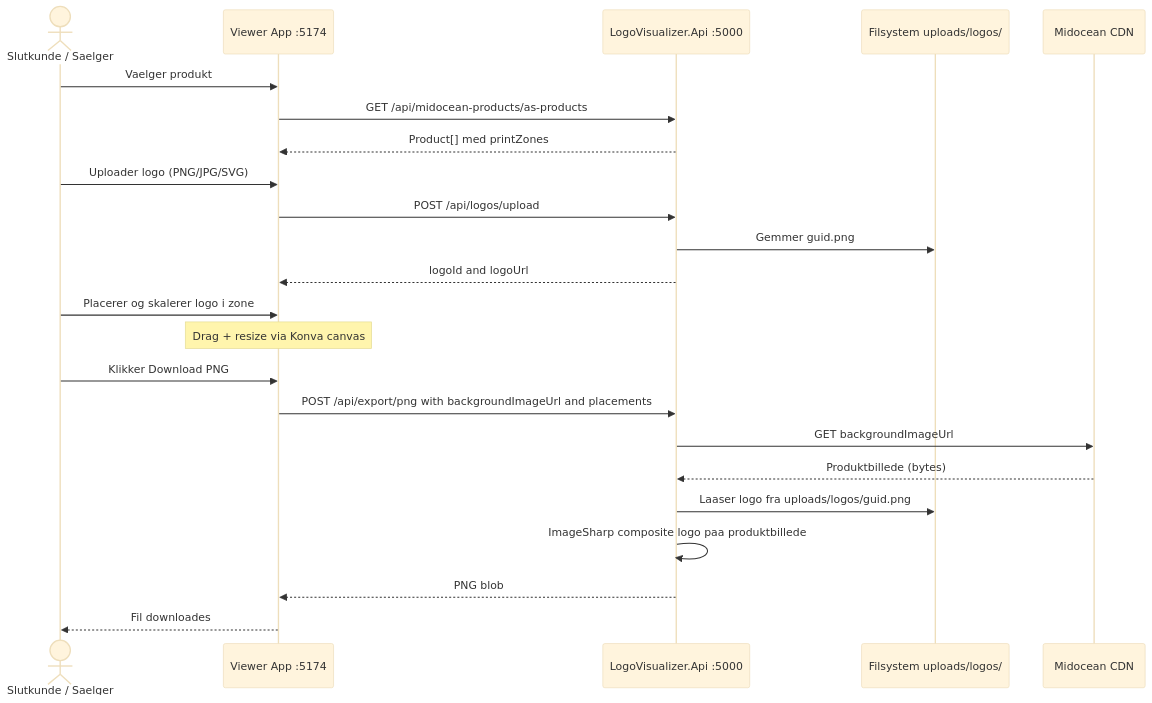
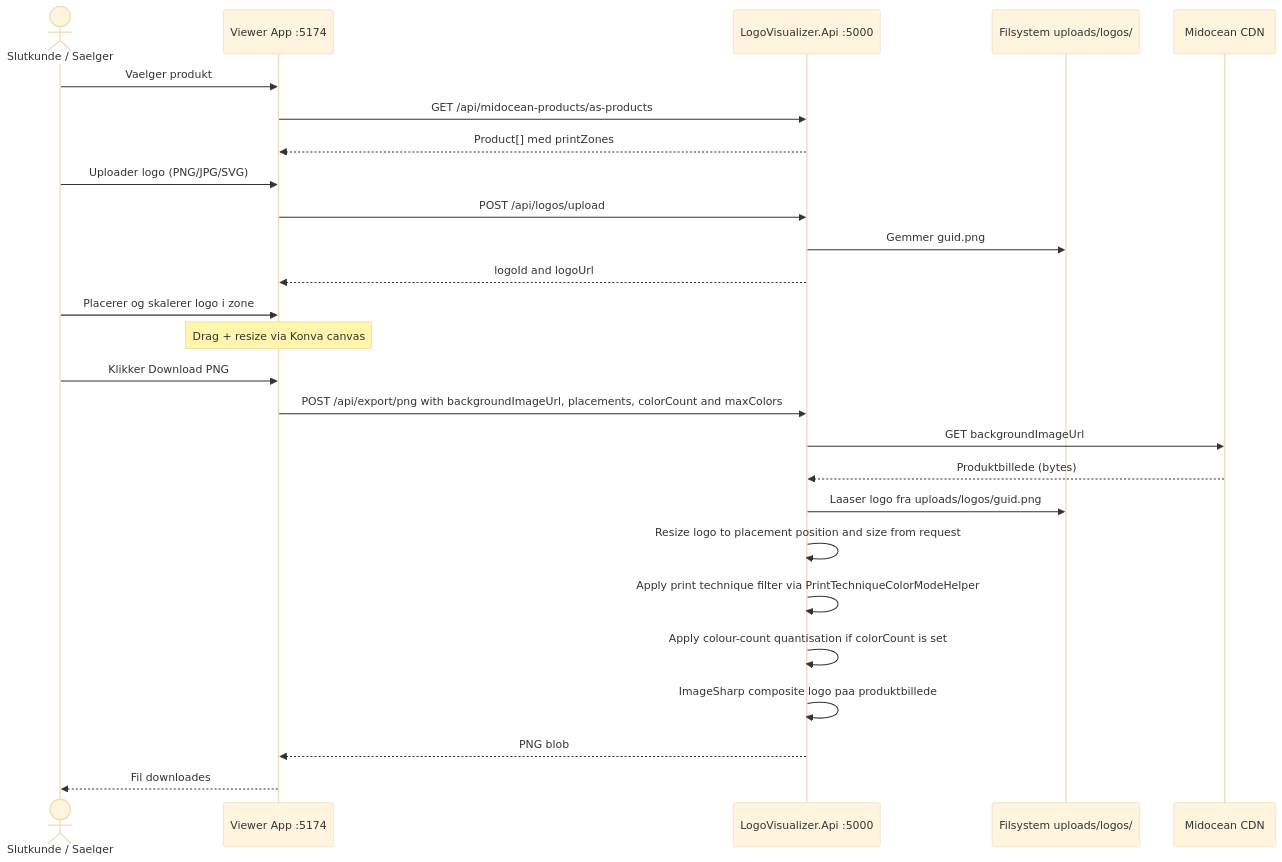
The diagram in docs/seq-export/seq-export.md (MikkelSandell/backend-bachelor-logo-visualiser), drawn with Mermaid (base theme) before and after one commit. The commit also changed 4 other files, not shown here.

Commit message:
fixing some bugs for the export image fiture

````diff
--- a/docs/seq-export/seq-export.md
+++ b/docs/seq-export/seq-export.md
@@ -5,29 +5,32 @@
 ```mermaid
 sequenceDiagram
     actor Bruger as Slutkunde / Saelger
     participant Viewer as Viewer App :5174
     participant API as LogoVisualizer.Api :5000
     participant FS as Filsystem uploads/logos/
     participant CDN as Midocean CDN
 
     Bruger->>Viewer: Vaelger produkt
     Viewer->>API: GET /api/midocean-products/as-products
     API-->>Viewer: Product[] med printZones
 
     Bruger->>Viewer: Uploader logo (PNG/JPG/SVG)
     Viewer->>API: POST /api/logos/upload
     API->>FS: Gemmer guid.png
     API-->>Viewer: logoId and logoUrl
 
     Bruger->>Viewer: Placerer og skalerer logo i zone
     Note over Viewer: Drag + resize via Konva canvas
 
     Bruger->>Viewer: Klikker Download PNG
-    Viewer->>API: POST /api/export/png with backgroundImageUrl and placements
+    Viewer->>API: POST /api/export/png with backgroundImageUrl, placements, colorCount and maxColors
     API->>CDN: GET backgroundImageUrl
     CDN-->>API: Produktbillede (bytes)
     API->>FS: Laaser logo fra uploads/logos/guid.png
+    API->>API: Resize logo to placement position and size from request
+    API->>API: Apply print technique filter via PrintTechniqueColorModeHelper
+    API->>API: Apply colour-count quantisation if colorCount is set
     API->>API: ImageSharp composite logo paa produktbillede
     API-->>Viewer: PNG blob
     Viewer-->>Bruger: Fil downloades
 ```
````
